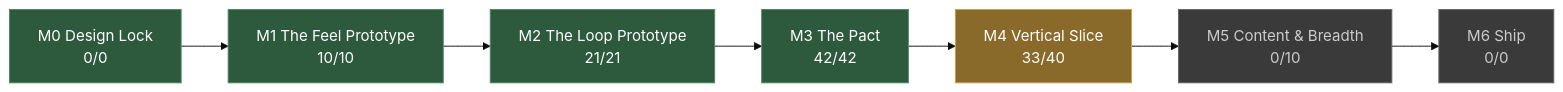
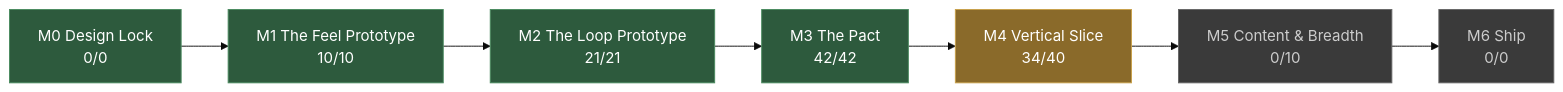
The diagram in docs/STATUS.md (JoshuaGessner/she), drawn with Mermaid (base theme) before and after one commit. The commit also changed other lines of this file and 8 other files, not shown here.

````diff
--- a/docs/STATUS.md
+++ b/docs/STATUS.md
@@ -13,19 +13,19 @@
 ```mermaid
 flowchart LR
   M0["M0 Design Lock<br/>0/0"]:::passed
   M1["M1 The Feel Prototype<br/>10/10"]:::passed
   M0 --> M1
   M2["M2 The Loop Prototype<br/>21/21"]:::passed
   M1 --> M2
   M3["M3 The Pact<br/>42/42"]:::passed
   M2 --> M3
-  M4["M4 Vertical Slice<br/>33/40"]:::current
+  M4["M4 Vertical Slice<br/>34/40"]:::current
   M3 --> M4
   M5["M5 Content & Breadth<br/>0/10"]:::ahead
   M4 --> M5
   M6["M6 Ship<br/>0/0"]:::ahead
   M5 --> M6
   classDef passed fill:#2d5a3d,stroke:#4a8a5f,color:#fff
   classDef current fill:#8a6a2a,stroke:#c8a04a,color:#fff
   classDef ahead fill:#3a3a3a,stroke:#666,color:#ccc
 ```
````
